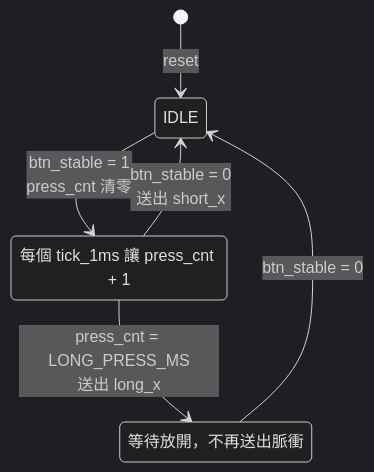
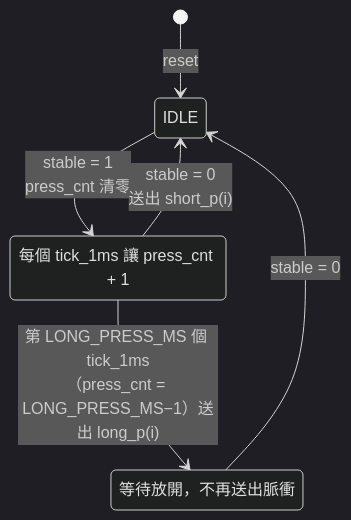
The second of 2 diagrams in HW2/SPEC.md (raylei50653/FPGA_HW), drawn with Mermaid (dark theme) before and after one commit. The commit also changed other lines of this file and 1 other file, not shown here.

````diff
--- a/HW2/SPEC.md
+++ b/HW2/SPEC.md
@@ -299,10 +284,10 @@
 ```mermaid
 stateDiagram-v2
     [*] --> IDLE : reset
-    IDLE --> PRESSED : btn_stable = 1<br/>press_cnt 清零
-    PRESSED --> IDLE : btn_stable = 0<br/>送出 short_x
-    PRESSED --> LONG : press_cnt = LONG_PRESS_MS<br/>送出 long_x
-    LONG --> IDLE : btn_stable = 0
+    IDLE --> PRESSED : stable = 1<br/>press_cnt 清零
+    PRESSED --> IDLE : stable = 0<br/>送出 short_p(i)
+    PRESSED --> LONG : 第 LONG_PRESS_MS 個 tick_1ms<br/>（press_cnt = LONG_PRESS_MS−1）送出 long_p(i)
+    LONG --> IDLE : stable = 0
     PRESSED : 每個 tick_1ms 讓 press_cnt + 1
     LONG : 等待放開，不再送出脈衝
 ```
````
